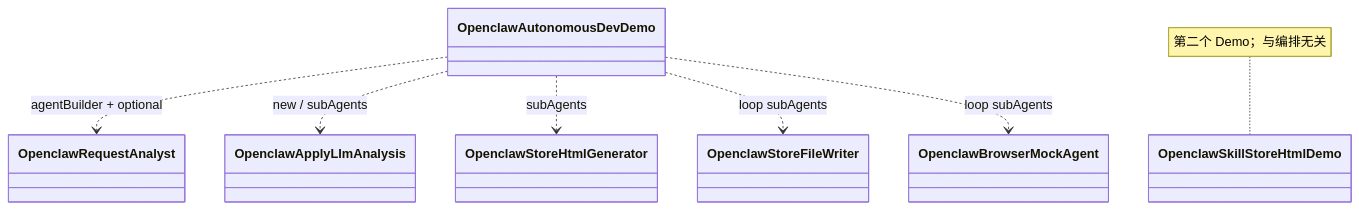
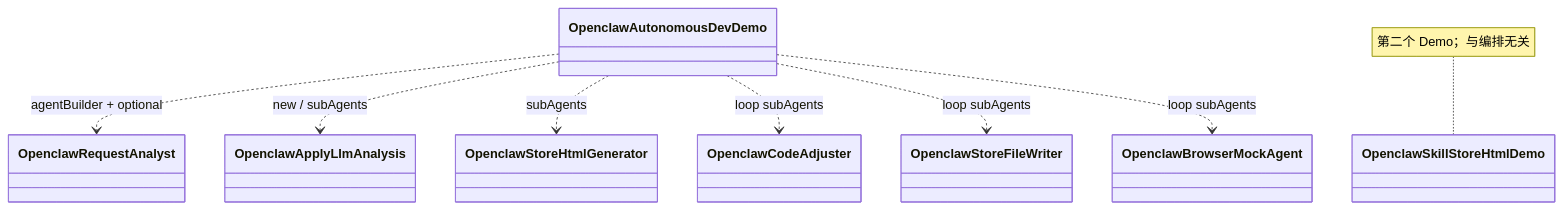
Before and after one commit to pengjian10001/uai: the second of 2 diagrams in uai-example/README.md, drawn with Mermaid. The commit also changed other lines of this file and 18 other files, not shown here.

````diff
--- a/uai-example/README.md
+++ b/uai-example/README.md
@@ -121,11 +127,12 @@
 ```mermaid
 classDiagram
   direction TB
   OpenclawAutonomousDevDemo ..> OpenclawRequestAnalyst : agentBuilder + optional
   OpenclawAutonomousDevDemo ..> OpenclawApplyLlmAnalysis : new / subAgents
   OpenclawAutonomousDevDemo ..> OpenclawStoreHtmlGenerator : subAgents
+  OpenclawAutonomousDevDemo ..> OpenclawCodeAdjuster : loop subAgents
   OpenclawAutonomousDevDemo ..> OpenclawStoreFileWriter : loop subAgents
   OpenclawAutonomousDevDemo ..> OpenclawBrowserMockAgent : loop subAgents
   class OpenclawSkillStoreHtmlDemo
   note for OpenclawSkillStoreHtmlDemo "第二个 Demo；与编排无关"
 ```
````
